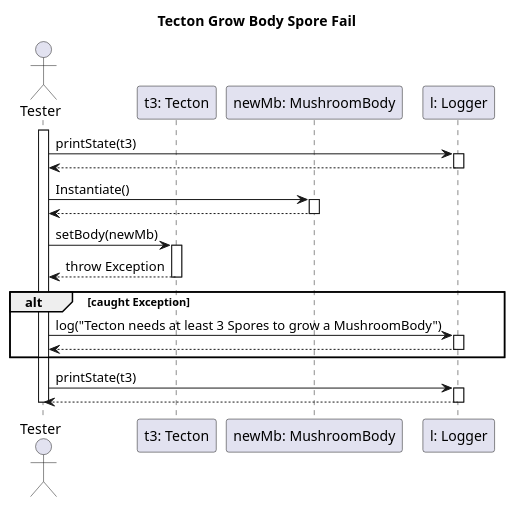
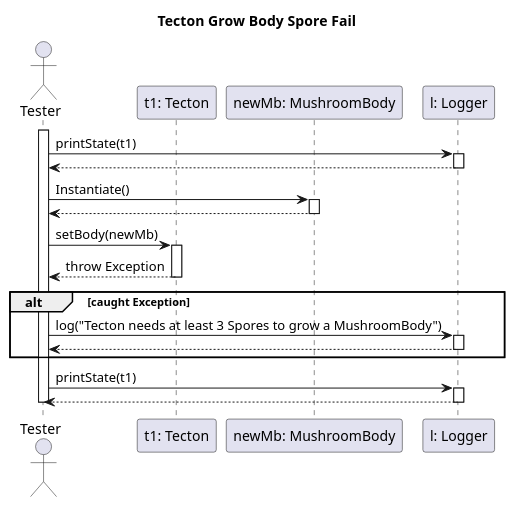
Before and after one commit to dzsem/projlab: the diagram in diagrams/test-sequence/tectonGrowBodySporeFail.puml, drawn with PlantUML. The commit also changed 1 other file, not shown here.

```diff
--- a/diagrams/test-sequence/tectonGrowBodySporeFail.puml
+++ b/diagrams/test-sequence/tectonGrowBodySporeFail.puml
@@ -1,42 +1,42 @@
 @startuml tectonGrowBodyTest
 
 title Tecton Grow Body Spore Fail
 
 actor "Tester" as ts
-participant "t3: Tecton" as t3
+participant "t1: Tecton" as t1
 participant "newMb: MushroomBody" as newMb
 participant "l: Logger" as l
 
 activate ts
 
-ts -> l: printState(t3)
+ts -> l: printState(t1)
 activate l
 ts <-- l
 deactivate l
 
 ts -> newMb: Instantiate()
 activate newMb
 ts <-- newMb
 deactivate newMb
 
-ts -> t3: setBody(newMb)
-activate t3
+ts -> t1: setBody(newMb)
+activate t1
 
-ts <-- t3: throw Exception
-deactivate t3
+ts <-- t1: throw Exception
+deactivate t1
 
 alt caught Exception
     ts -> l: log("Tecton needs at least 3 Spores to grow a MushroomBody")
     activate l
     ts <-- l
     deactivate l    
 end
 
-ts -> l: printState(t3)
+ts -> l: printState(t1)
 activate l
 ts <-- l
 deactivate l
 
 deactivate ts
 
 @enduml
```
